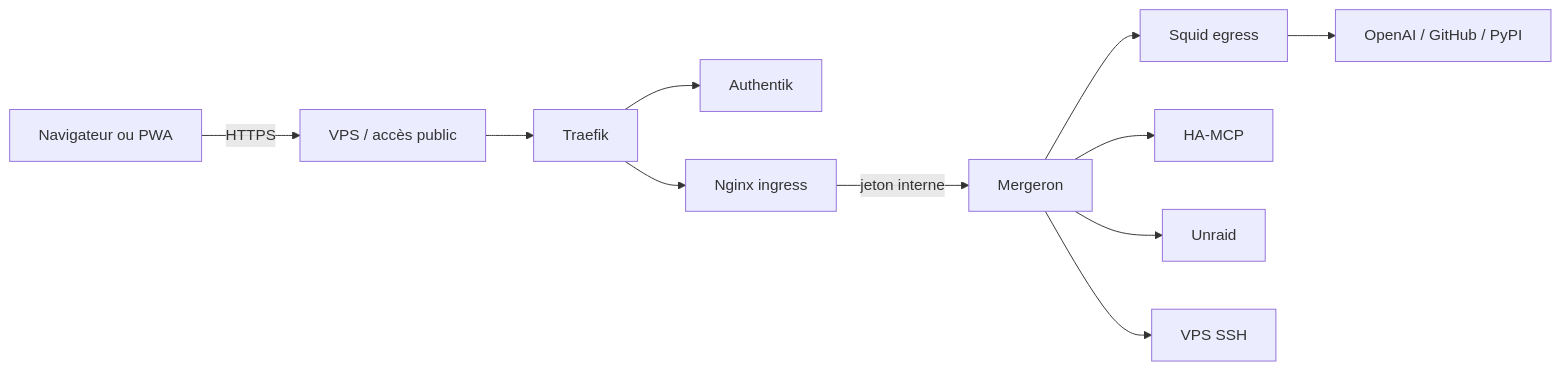
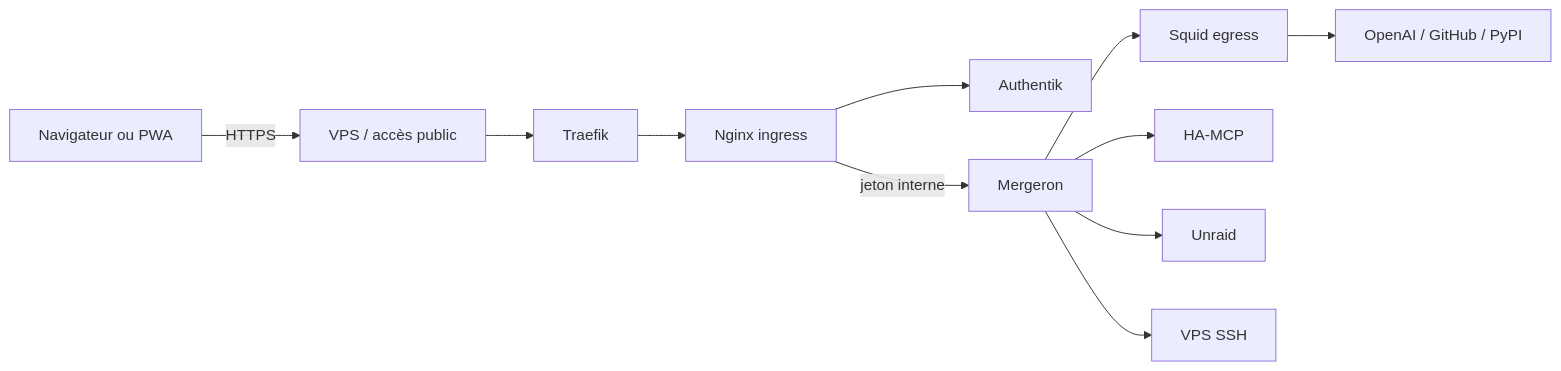
Before and after one commit to maxhugit/codex-webui-unraid: the diagram in docs/architecture-unraid.md, drawn with Mermaid. The commit also changed other lines of this file and 7 other files, not shown here.

````diff
--- a/docs/architecture-unraid.md
+++ b/docs/architecture-unraid.md
@@ -5,25 +5,25 @@
 ```mermaid
 flowchart LR
     B[Navigateur ou PWA]
     V[VPS / accès public]
     T[Traefik]
     A[Authentik]
     N[Nginx ingress]
     C[Mergeron]
     S[Squid egress]
     O[OpenAI / GitHub / PyPI]
     H[HA-MCP]
     U[Unraid]
     R[VPS SSH]
 
     B -->|HTTPS| V
     V --> T
-    T --> A
     T --> N
+    N --> A
     N -->|jeton interne| C
     C --> S
     S --> O
     C --> H
     C --> U
     C --> R
 ```
````
